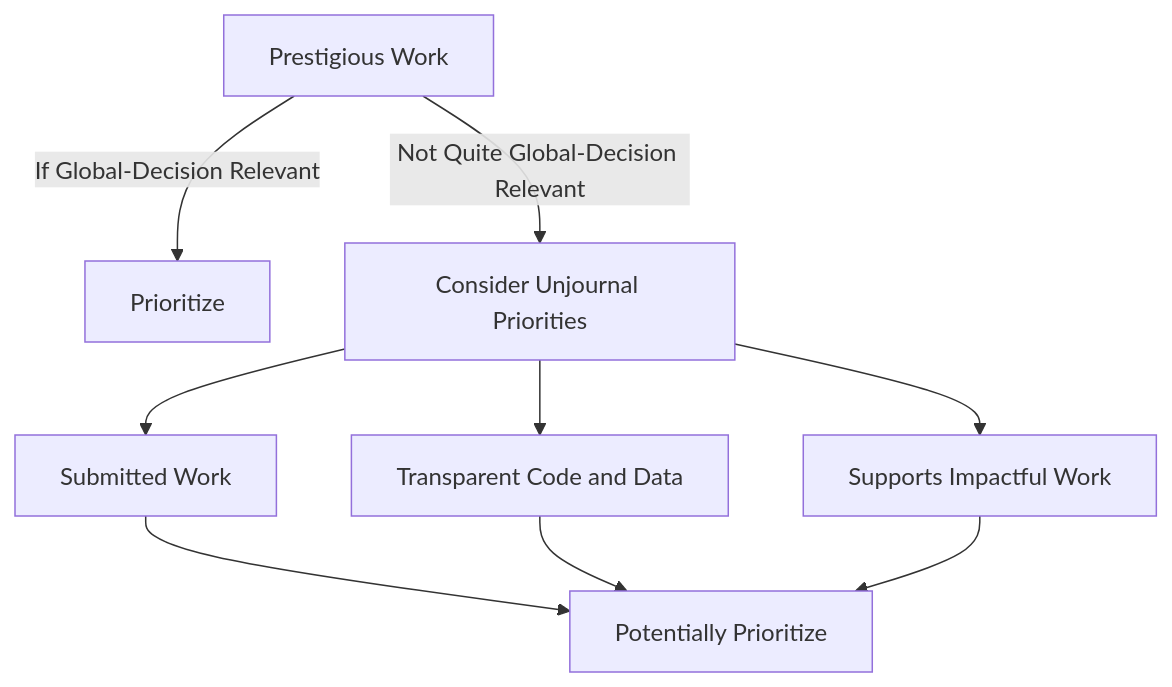
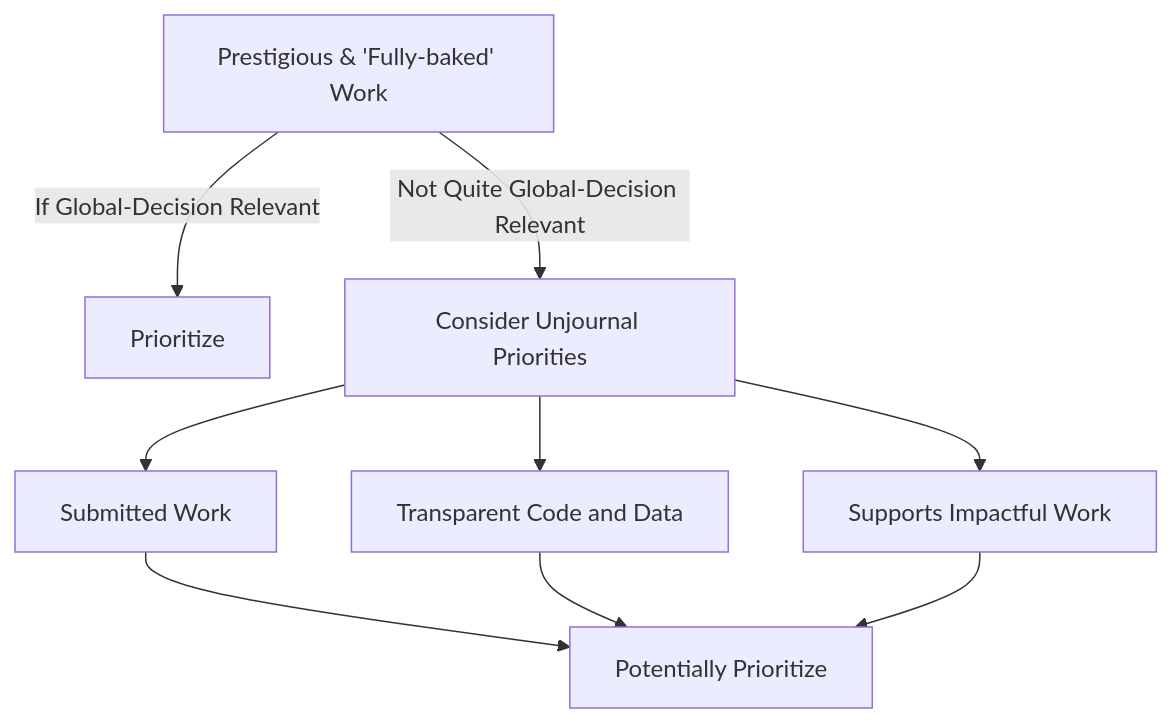
The first of 2 diagrams in policies-projects-evaluation-workflow/considering-projects/process-prioritizing-research-wip/prioritization-ratings-discussion.md (unjournal/unjournal_gitbook), drawn with Mermaid before and after one commit. The commit also changed other lines of this file, not shown here.

Commit message:
GITBOOK-370: Caveat about baked-ness of 'prestigious' work

````diff
--- a/policies-projects-evaluation-workflow/considering-projects/process-prioritizing-research-wip/prioritization-ratings-discussion.md
+++ b/policies-projects-evaluation-workflow/considering-projects/process-prioritizing-research-wip/prioritization-ratings-discussion.md
@@ -44,16 +44,16 @@
 ```mermaid
 graph TD
-    A[Prestigious Work]
+    A[Prestigious & 'Fully-baked' Work]
     A -->|If Global-Decision Relevant| B[Prioritize]
     A -->|Not Quite Global-Decision Relevant| C[Consider Unjournal Priorities]
     C --> C1[Submitted Work]
     C --> C2[Transparent Code and Data]
     C --> C3[Supports Impactful Work]
 
     C1 --> D[Potentially Prioritize]
     C2 --> D
     C3 --> D
 
 
 
 ```
````
